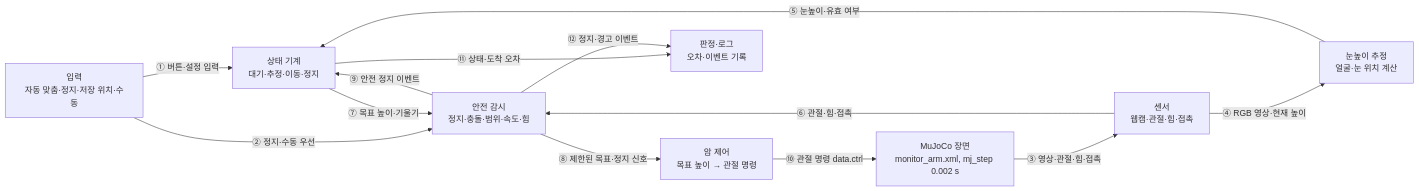
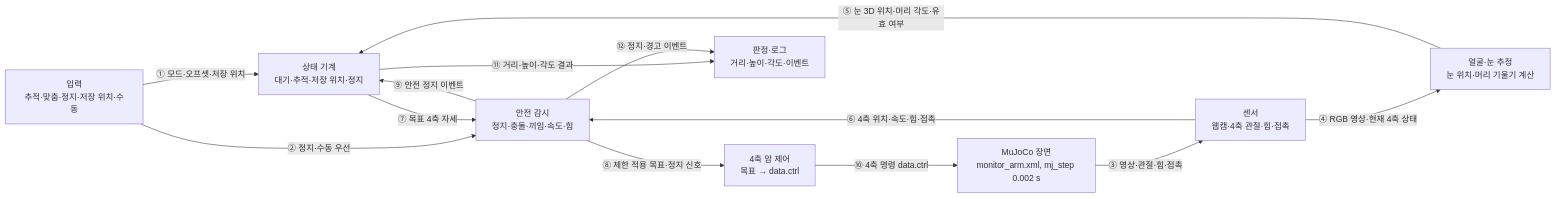
One commit to 0c9h1j5/monitor-arm-class-submission changed the diagram in docs/D06-architecture.md. Above: the diagram before and after it, drawn with Mermaid. The commit also changed other lines of this file and 11 other files, not shown here.

````diff
--- a/docs/D06-architecture.md
+++ b/docs/D06-architecture.md
@@ -11,24 +22,24 @@
 ```mermaid
 flowchart LR
-  IN["입력<br/>자동 맞춤·정지·저장 위치·수동"]
+  IN["입력<br/>추적·맞춤·정지·저장 위치·수동"]
   SIM["MuJoCo 장면<br/>monitor_arm.xml, mj_step 0.002 s"]
-  SEN["센서<br/>웹캠·관절·힘·접촉"]
-  EST["눈높이 추정<br/>얼굴·눈 위치 계산"]
-  FSM["상태 기계<br/>대기·추정·이동·정지"]
-  SAFE["안전 감시<br/>정지·충돌·범위·속도·힘"]
-  CTRL["암 제어<br/>목표 높이 → 관절 명령"]
-  LOG["판정·로그<br/>오차·이벤트 기록"]
+  SEN["센서<br/>웹캠·4축 관절·힘·접촉"]
+  EST["얼굴·눈 추정<br/>눈 위치·머리 기울기 계산"]
+  FSM["상태 기계<br/>대기·추적·저장 위치·정지"]
+  SAFE["안전 감시<br/>정지·충돌·끼임·속도·힘"]
+  CTRL["4축 암 제어<br/>목표 → data.ctrl"]
+  LOG["판정·로그<br/>거리·높이·각도·이벤트"]
 
-  IN -- "① 버튼·설정 입력" --> FSM
+  IN -- "① 모드·오프셋·저장 위치" --> FSM
   IN -- "② 정지·수동 우선" --> SAFE
   SIM -- "③ 영상·관절·힘·접촉" --> SEN
-  SEN -- "④ RGB 영상·현재 높이" --> EST
-  EST -- "⑤ 눈높이·유효 여부" --> FSM
-  SEN -- "⑥ 관절·힘·접촉" --> SAFE
-  FSM -- "⑦ 목표 높이·기울기" --> SAFE
-  SAFE -- "⑧ 제한된 목표·정지 신호" --> CTRL
+  SEN -- "④ RGB 영상·현재 4축 상태" --> EST
+  EST -- "⑤ 눈 3D 위치·머리 각도·유효 여부" --> FSM
+  SEN -- "⑥ 4축 위치·속도·힘·접촉" --> SAFE
+  FSM -- "⑦ 목표 4축 자세" --> SAFE
+  SAFE -- "⑧ 제한 적용 목표·정지 신호" --> CTRL
   SAFE -- "⑨ 안전 정지 이벤트" --> FSM
-  CTRL -- "⑩ 관절 명령 data.ctrl" --> SIM
-  FSM -- "⑪ 상태·도착 오차" --> LOG
+  CTRL -- "⑩ 4축 명령 data.ctrl" --> SIM
+  FSM -- "⑪ 거리·높이·각도 결과" --> LOG
   SAFE -- "⑫ 정지·경고 이벤트" --> LOG
 ```
````
